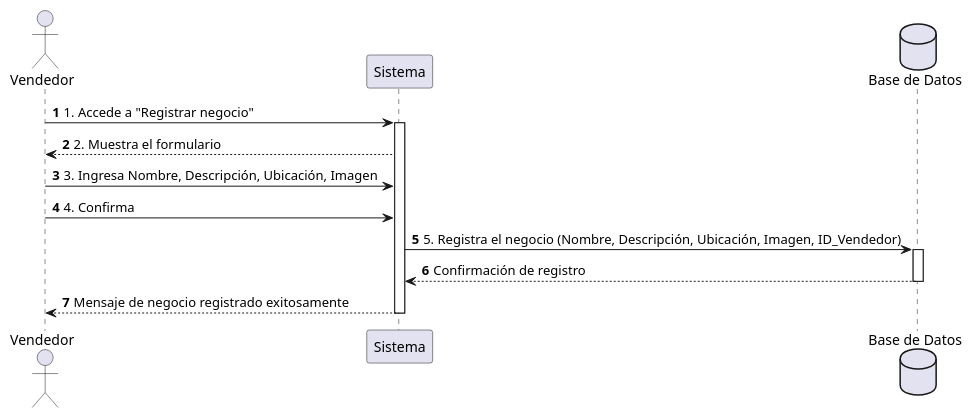
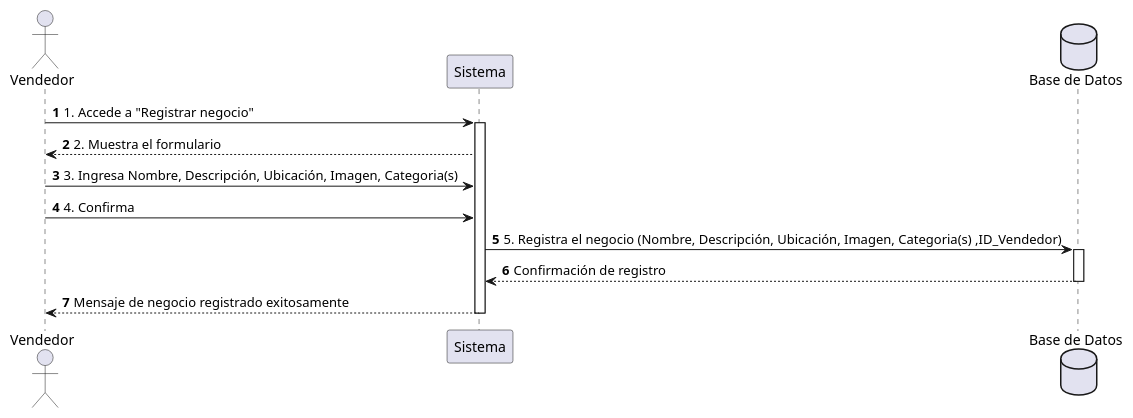
The diagram in Casos de uso V2/CU-006 – Registrar Negocio.md (RuedaUABC/CimaReviewsDoc), drawn with PlantUML before and after one commit. The commit also changed other lines of this file and 7 other files, not shown here.

````diff
--- a/Casos de uso V2/CU-006 – Registrar Negocio.md
+++ b/Casos de uso V2/CU-006 – Registrar Negocio.md
@@ -32,22 +33,22 @@
 ```plantuml
 @startuml
 autonumber
 
 actor Vendedor
 participant "Sistema" as Sistema
 database "Base de Datos" as DB
 
 Vendedor -> Sistema: 1. Accede a "Registrar negocio"
 activate Sistema
 Sistema --> Vendedor: 2. Muestra el formulario
-Vendedor -> Sistema: 3. Ingresa Nombre, Descripción, Ubicación, Imagen
+Vendedor -> Sistema: 3. Ingresa Nombre, Descripción, Ubicación, Imagen, Categoria(s)
 Vendedor -> Sistema: 4. Confirma
-Sistema -> DB: 5. Registra el negocio (Nombre, Descripción, Ubicación, Imagen, ID_Vendedor)
+Sistema -> DB: 5. Registra el negocio (Nombre, Descripción, Ubicación, Imagen, Categoria(s) ,ID_Vendedor)
 activate DB
 DB --> Sistema: Confirmación de registro
 deactivate DB
 Sistema --> Vendedor: Mensaje de negocio registrado exitosamente
 deactivate Sistema
 
 @enduml
 ```
````
